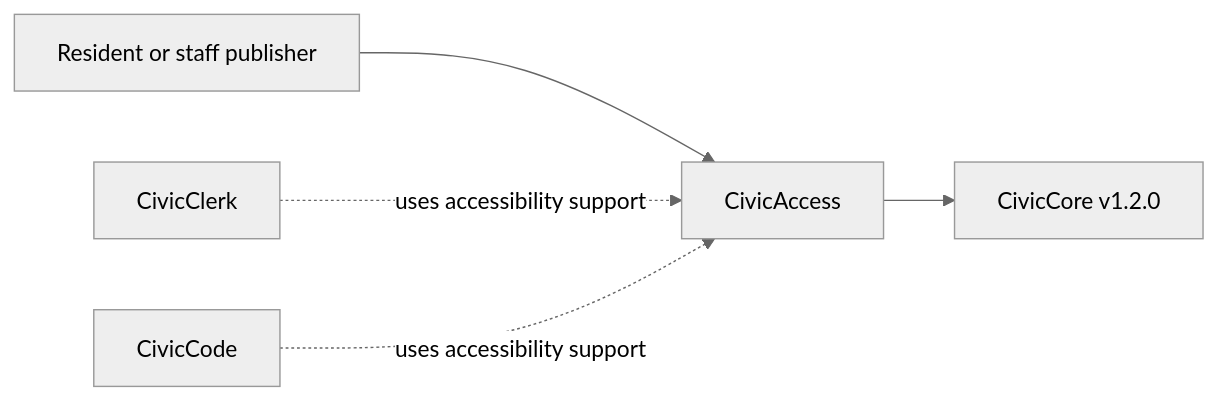
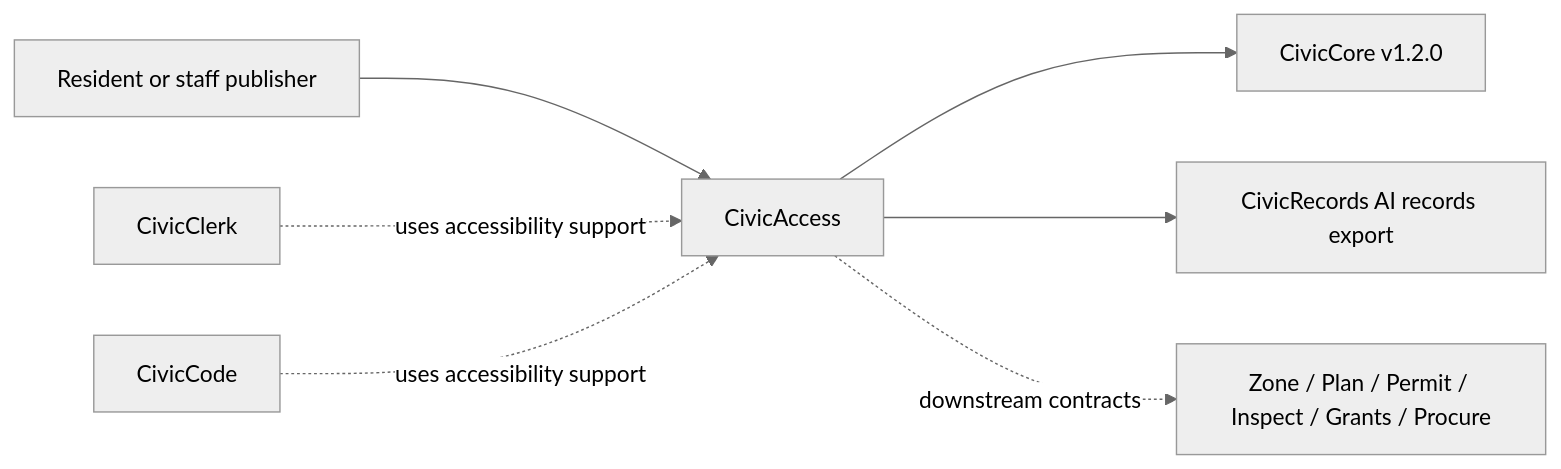
The diagram in USER-MANUAL.md (CivicSuite/civicaccess), drawn with Mermaid (neutral theme) before and after one commit. The commit also changed other lines of this file and 10 other files, not shown here.

````diff
--- a/USER-MANUAL.md
+++ b/USER-MANUAL.md
@@ -43,7 +47,9 @@
 ```mermaid
 flowchart LR
   PublicUser["Resident or staff publisher"] --> CivicAccess["CivicAccess"]
   CivicAccess --> CivicCore["CivicCore v1.2.0"]
+  CivicAccess --> CivicRecords["CivicRecords AI records export"]
   CivicClerk["CivicClerk"] -. uses accessibility support .-> CivicAccess
   CivicCode["CivicCode"] -. uses accessibility support .-> CivicAccess
+  CivicAccess -. downstream contracts .-> LandUse["Zone / Plan / Permit / Inspect / Grants / Procure"]
 ```
````
